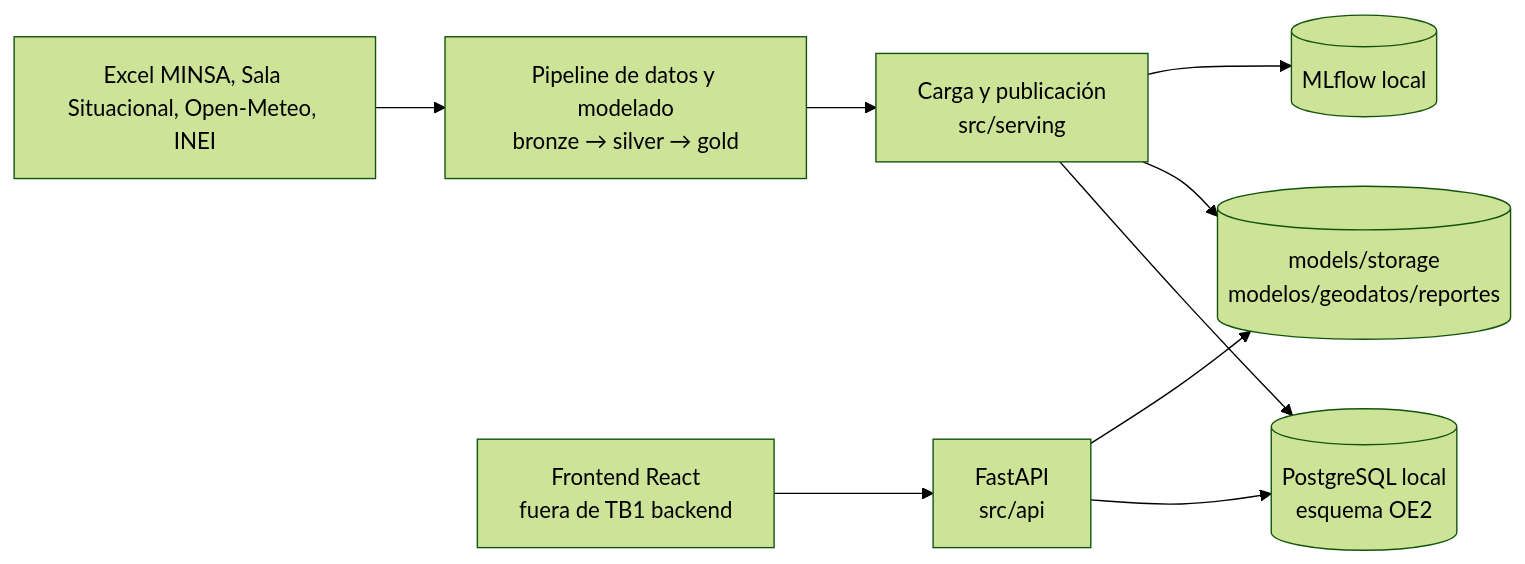
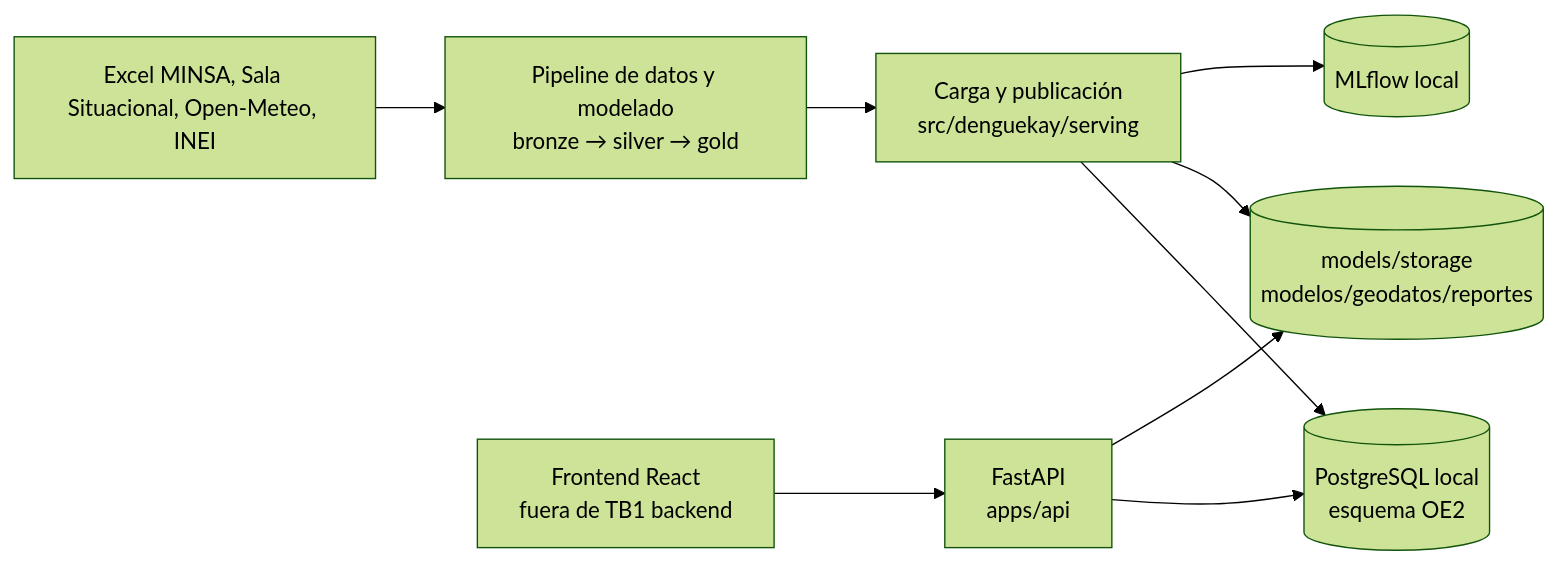
One commit to panconlocro/Denguekay changed the first of 3 diagrams in docs/backend/arquitectura.md. Above: the diagram before and after it, drawn with Mermaid (forest theme). The commit also changed other lines of this file and 16 other files, not shown here.

````diff
--- a/docs/backend/arquitectura.md
+++ b/docs/backend/arquitectura.md
@@ -8,11 +8,11 @@
 ```mermaid
 flowchart LR
   fuentes[Excel MINSA, Sala Situacional, Open-Meteo, INEI] --> pipeline[Pipeline de datos y modelado<br/>bronze → silver → gold]
-  pipeline --> batch[Carga y publicación<br/>src/serving]
+  pipeline --> batch[Carga y publicación<br/>src/denguekay/serving]
   batch --> bd[(PostgreSQL local<br/>esquema OE2)]
   batch --> storage[(models/storage<br/>modelos/geodatos/reportes)]
   batch --> mlflow[(MLflow local)]
-  api[FastAPI<br/>src/api] --> bd
+  api[FastAPI<br/>apps/api] --> bd
   api --> storage
   frontend[Frontend React<br/>fuera de TB1 backend] --> api
 ```
````
